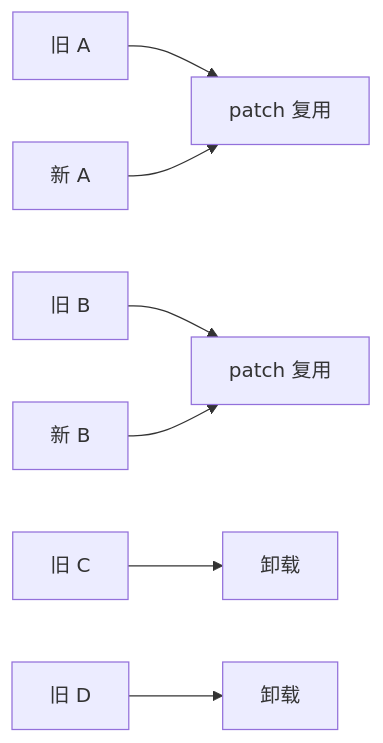
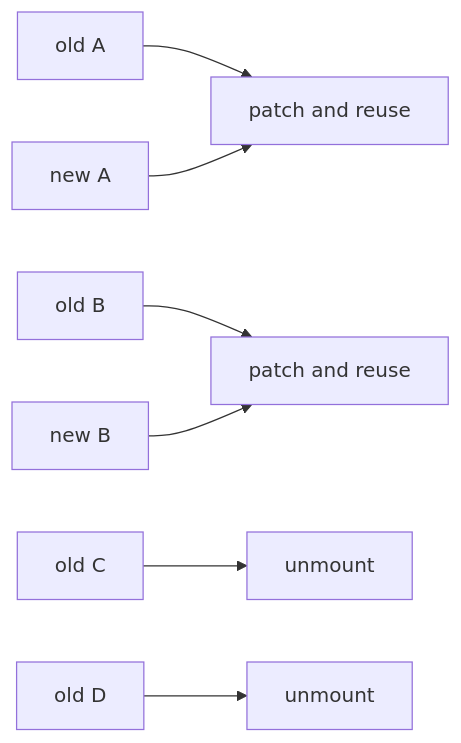
One commit to Tajigaqzh/front_basic changed diagram 11 of 17 in docs/vue/source/runtime-core/diff-algorithm-interview.md. Above: the diagram before and after it, drawn with Mermaid. The commit also changed other lines of this file and 11 other files, not shown here.

````diff
--- a/docs/vue/source/runtime-core/diff-algorithm-interview.md
+++ b/docs/vue/source/runtime-core/diff-algorithm-interview.md
@@ -457,11 +457,11 @@
 ```mermaid
 flowchart LR
-  O1[旧 A] --> P1[patch 复用]
-  N1[新 A] --> P1
+  O1["old A"] --> P1["patch and reuse"]
+  N1["new A"] --> P1
 
-  O2[旧 B] --> P2[patch 复用]
-  N2[新 B] --> P2
+  O2["old B"] --> P2["patch and reuse"]
+  N2["new B"] --> P2
 
-  O3[旧 C] --> U1[卸载]
-  O4[旧 D] --> U2[卸载]
+  O3["old C"] --> U1["unmount"]
+  O4["old D"] --> U2["unmount"]
 ```
````
